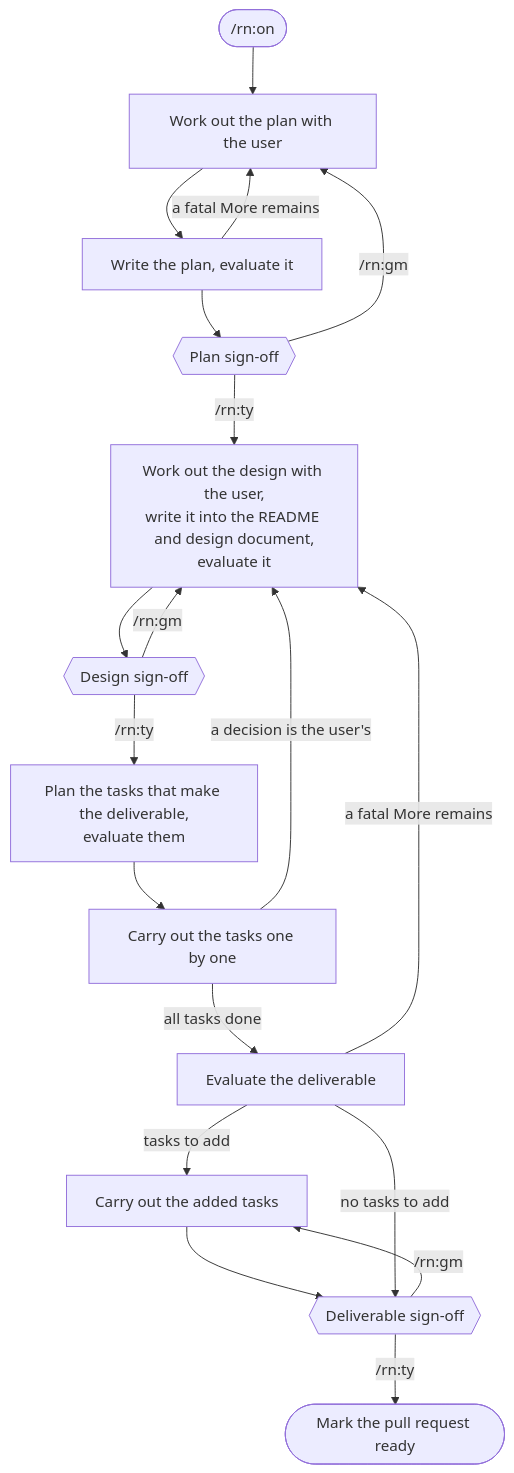
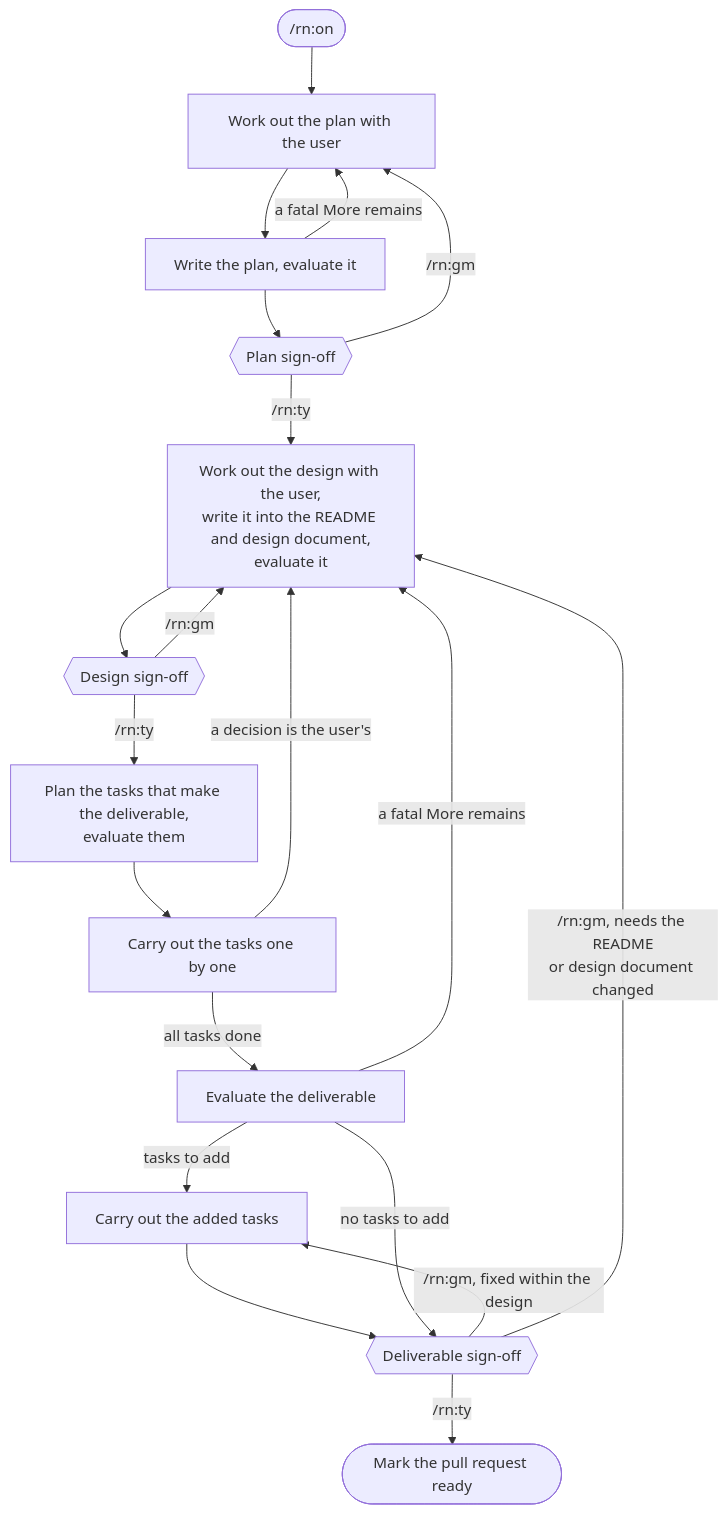
One commit to lovaizu/ccpm changed the first of 5 diagrams in rn/docs/design.md. Above: the diagram before and after it, drawn with Mermaid. The commit also changed other lines of this file and 1 other file, not shown here.

Commit message:
docs(rn): feedback on the deliverable that changes the README or design document goes back to working out the design, through a Design sign-off

````diff
--- a/rn/docs/design.md
+++ b/rn/docs/design.md
@@ -17,31 +17,32 @@
 ```mermaid
 flowchart TD
     ON(["/rn:on"])
     W["Work out the plan with the user"]
     P["Write the plan, evaluate it"]
     PS{{"Plan sign-off"}}
     D["Work out the design with the user,<br/>write it into the README and design document,<br/>evaluate it"]
     DS{{"Design sign-off"}}
     P2["Plan the tasks that make the deliverable,<br/>evaluate them"]
     T["Carry out the tasks one by one"]
     EV["Evaluate the deliverable"]
     T2["Carry out the added tasks"]
     FS{{"Deliverable sign-off"}}
     END(["Mark the pull request ready"])
     ON --> W --> P --> PS
     P -->|"a fatal More remains"| W
     PS -->|"/rn:gm"| W
     PS -->|"/rn:ty"| D
     D --> DS
     DS -->|"/rn:gm"| D
     DS -->|"/rn:ty"| P2
     P2 --> T
     T -->|"a decision is the user's"| D
     T -->|"all tasks done"| EV
     EV -->|"tasks to add"| T2
     EV -->|"a fatal More remains"| D
     T2 --> FS
     EV -->|"no tasks to add"| FS
-    FS -->|"/rn:gm"| T2
+    FS -->|"/rn:gm, fixed within the design"| T2
+    FS -->|"/rn:gm, needs the README<br/>or design document changed"| D
     FS -->|"/rn:ty"| END
 ```
````
